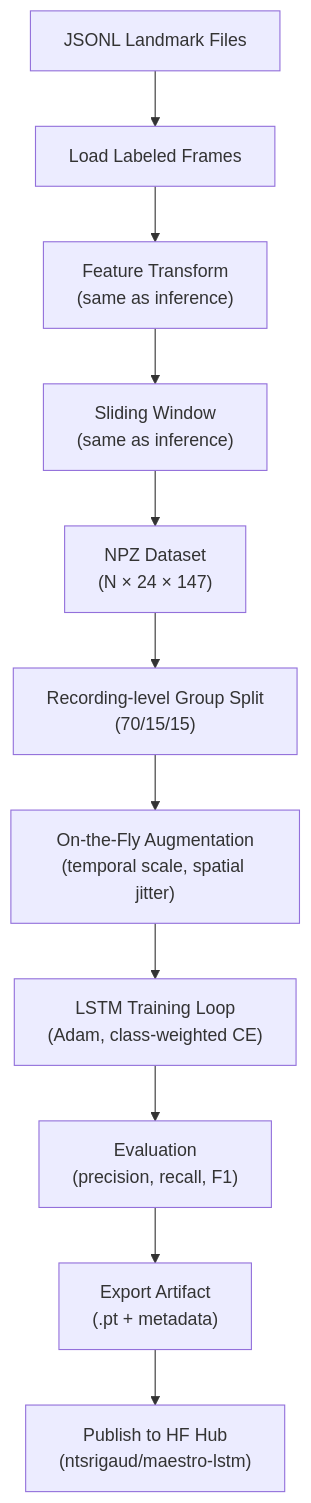
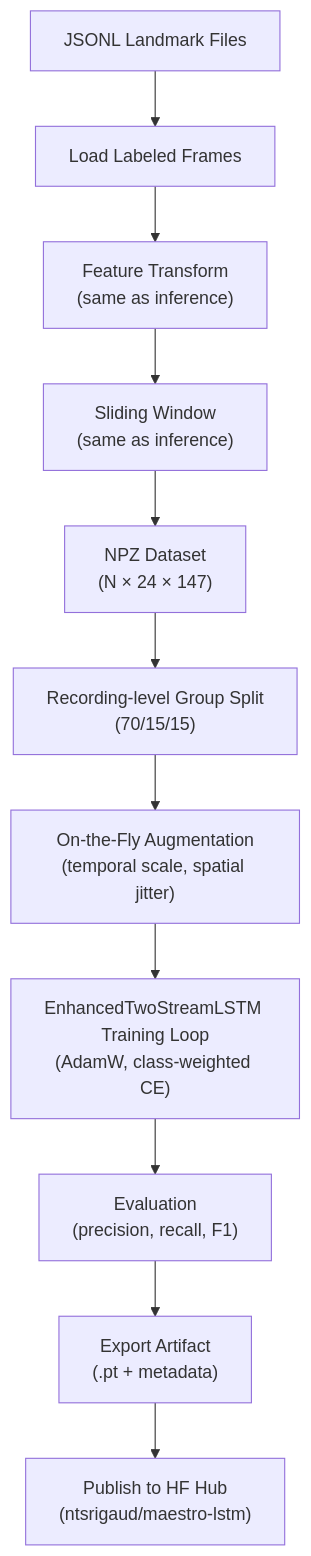
One commit to ntsrigaud/Maestro changed the sixth of 6 diagrams in docs/architecture/process-view.md. Above: the diagram before and after it, drawn with Mermaid. The commit also changed other lines of this file and 6 other files, not shown here.

First line of the commit message:
docs(model): align architectural documents with new model defaults

````diff
--- a/docs/architecture/process-view.md
+++ b/docs/architecture/process-view.md
@@ -195,13 +195,13 @@
 ```mermaid
 graph TD
     JSONL["JSONL Landmark Files"] --> Load["Load Labeled Frames"]
     Load --> FeatTrain["Feature Transform<br/>(same as inference)"]
     FeatTrain --> Window["Sliding Window<br/>(same as inference)"]
     Window --> NPZ["NPZ Dataset<br/>(N × 24 × 147)"]
     NPZ --> Split["Recording-level Group Split<br/>(70/15/15)"]
     Split --> Augment["On-the-Fly Augmentation<br/>(temporal scale, spatial jitter)"]
-    Augment --> Train["LSTM Training Loop<br/>(Adam, class-weighted CE)"]
+    Augment --> Train["EnhancedTwoStreamLSTM Training Loop<br/>(AdamW, class-weighted CE)"]
     Train --> Eval["Evaluation<br/>(precision, recall, F1)"]
     Eval --> Export["Export Artifact<br/>(.pt + metadata)"]
     Export --> HFHub["Publish to HF Hub<br/>(ntsrigaud/maestro-lstm)"]
 ```
````
